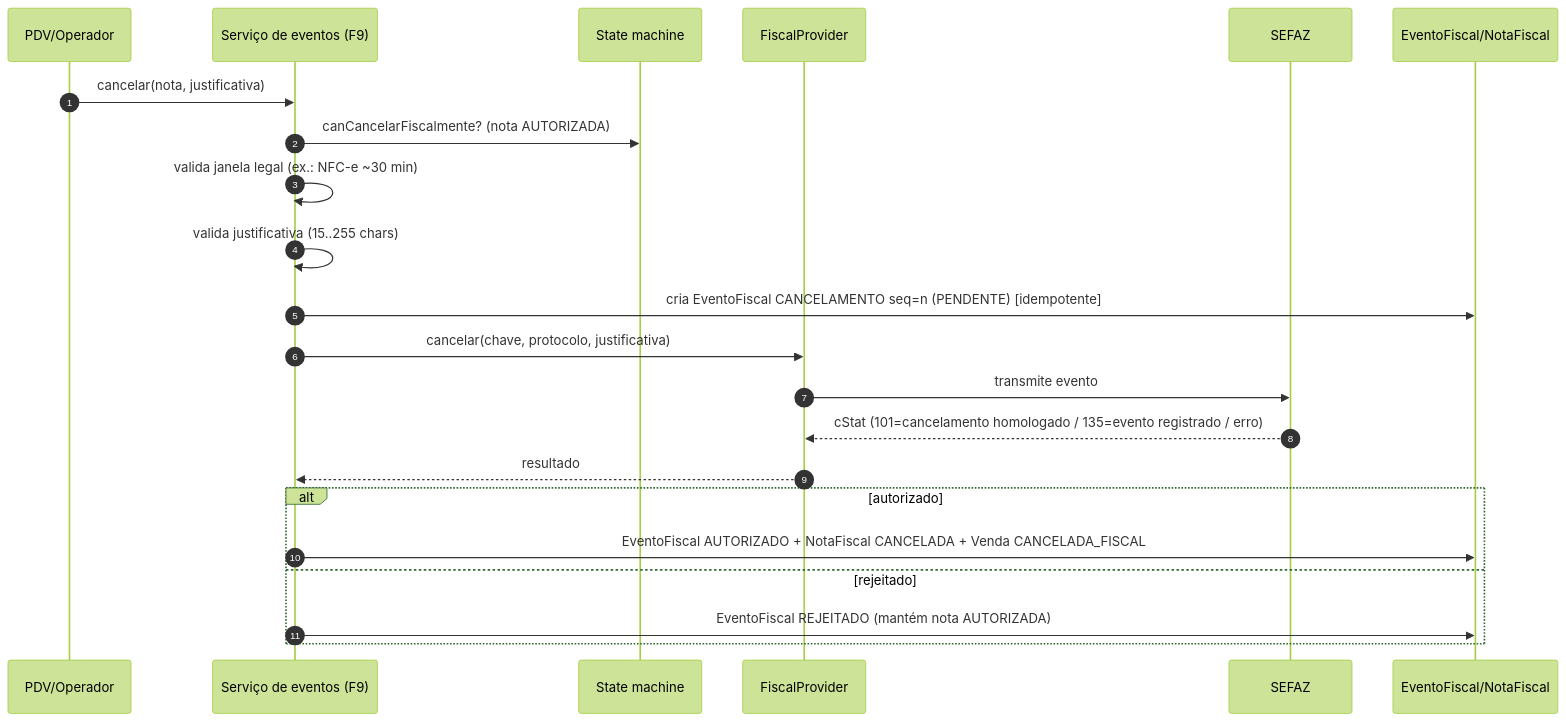
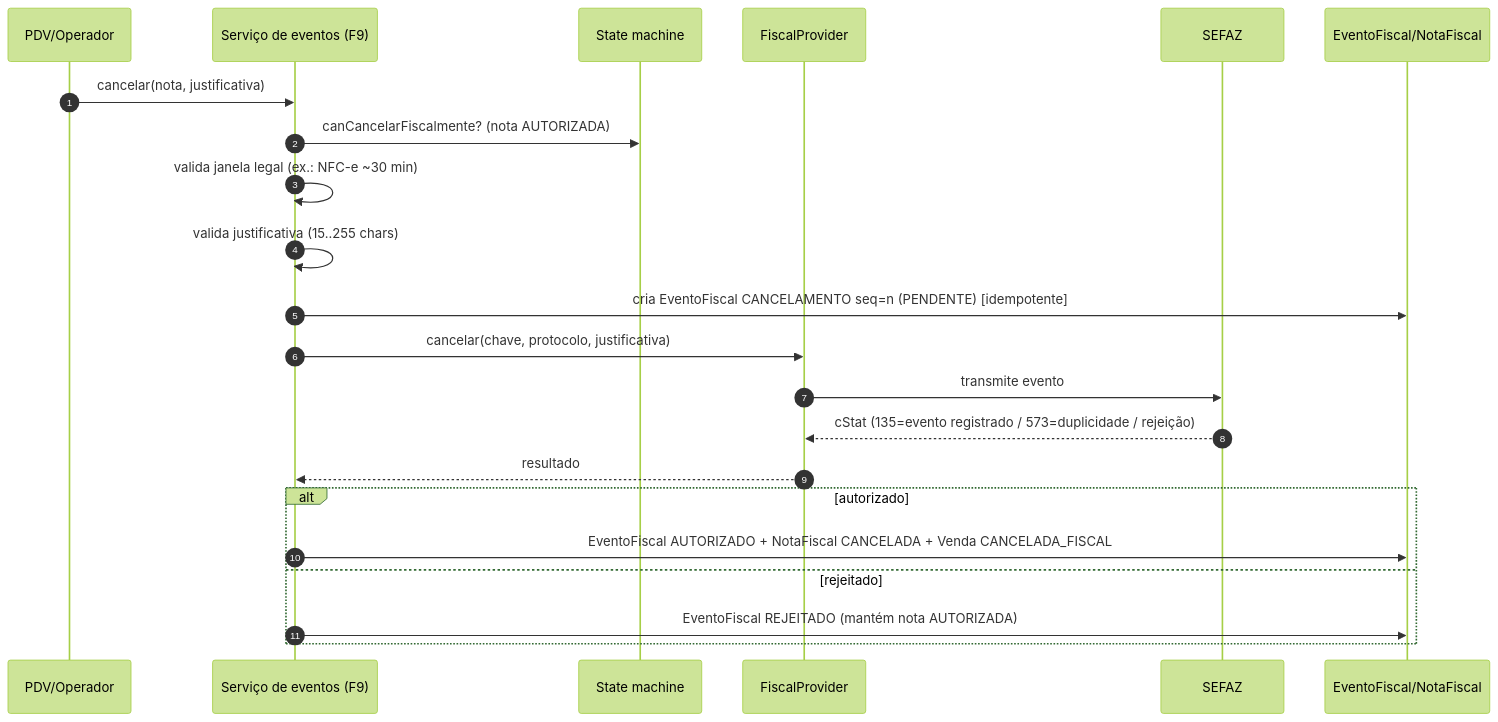
Before and after one commit to rafaelfaria49-png/omni-gestao-pro: the first of 3 diagrams in docs/architecture/FISCAL_EVENTS.md, drawn with Mermaid (forest theme). The commit also changed other lines of this file and 21 other files, not shown here.

````diff
--- a/docs/architecture/FISCAL_EVENTS.md
+++ b/docs/architecture/FISCAL_EVENTS.md
@@ -59,24 +60,24 @@
 ```mermaid
 sequenceDiagram
   autonumber
   participant UI as PDV/Operador
   participant Svc as Serviço de eventos (F9)
   participant SM as State machine
   participant Prov as FiscalProvider
   participant SEFAZ
   participant DB as EventoFiscal/NotaFiscal
   UI->>Svc: cancelar(nota, justificativa)
   Svc->>SM: canCancelarFiscalmente? (nota AUTORIZADA)
   Svc->>Svc: valida janela legal (ex.: NFC-e ~30 min)
   Svc->>Svc: valida justificativa (15..255 chars)
   Svc->>DB: cria EventoFiscal CANCELAMENTO seq=n (PENDENTE) [idempotente]
   Svc->>Prov: cancelar(chave, protocolo, justificativa)
   Prov->>SEFAZ: transmite evento
-  SEFAZ-->>Prov: cStat (101=cancelamento homologado / 135=evento registrado / erro)
+  SEFAZ-->>Prov: cStat (135=evento registrado / 573=duplicidade / rejeição)
   Prov-->>Svc: resultado
   alt autorizado
     Svc->>DB: EventoFiscal AUTORIZADO + NotaFiscal CANCELADA + Venda CANCELADA_FISCAL
   else rejeitado
     Svc->>DB: EventoFiscal REJEITADO (mantém nota AUTORIZADA)
   end
 ```
````
